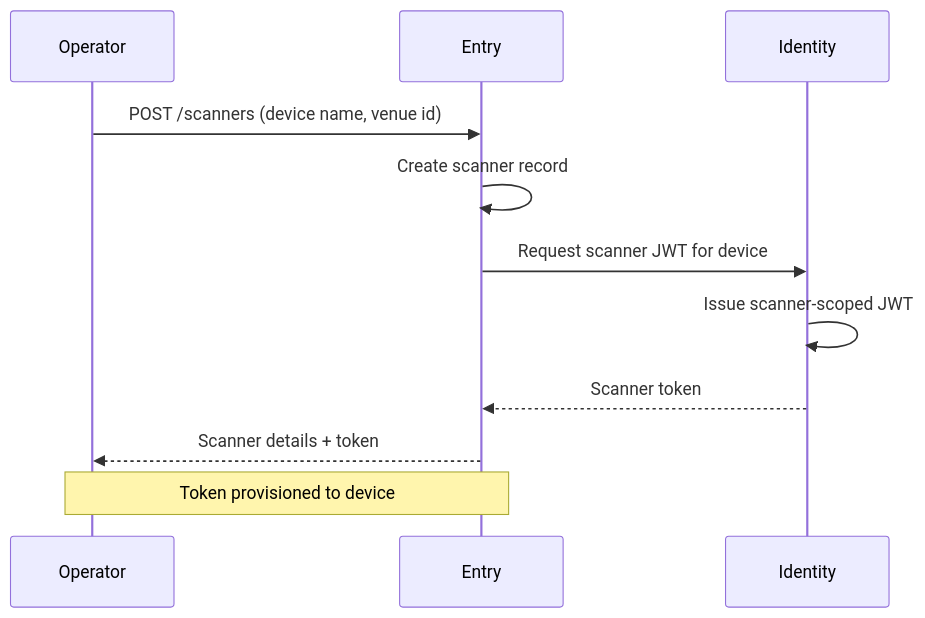
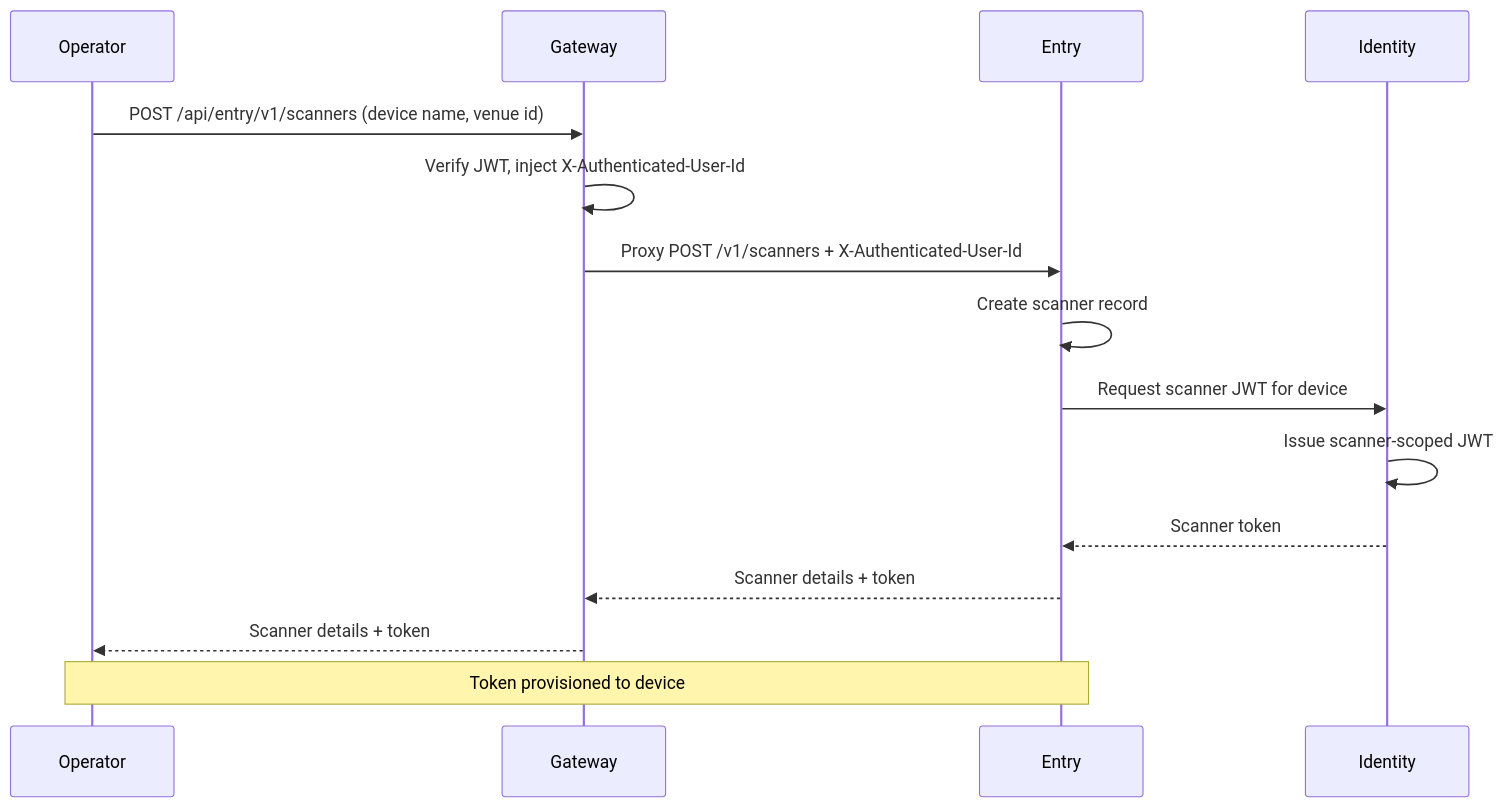
One commit to cristiangilsanz/qrew changed the diagram in docs/api/use-cases/uc_07_scanner_registration.md. Above: the diagram before and after it, drawn with Mermaid. The commit also changed 60 other files, not shown here.

````diff
--- a/docs/api/use-cases/uc_07_scanner_registration.md
+++ b/docs/api/use-cases/uc_07_scanner_registration.md
@@ -3,15 +3,19 @@
 ```mermaid
 sequenceDiagram
     participant OP as Operator
+    participant GW as Gateway
     participant ENT as Entry
     participant ID as Identity
 
-    OP->>ENT: POST /scanners (device name, venue id)
+    OP->>GW: POST /api/entry/v1/scanners (device name, venue id)
+    GW->>GW: Verify JWT, inject X-Authenticated-User-Id
+    GW->>ENT: Proxy POST /v1/scanners + X-Authenticated-User-Id
     ENT->>ENT: Create scanner record
     ENT->>ID: Request scanner JWT for device
     ID->>ID: Issue scanner-scoped JWT
     ID-->>ENT: Scanner token
-    ENT-->>OP: Scanner details + token
+    ENT-->>GW: Scanner details + token
+    GW-->>OP: Scanner details + token
 
     Note over OP,ENT: Token provisioned to device
 ```
````
